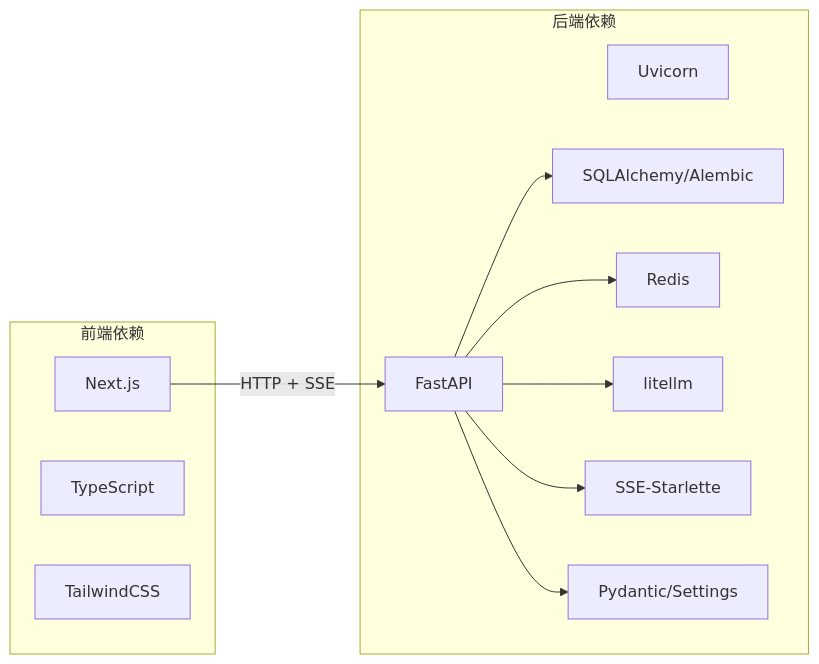
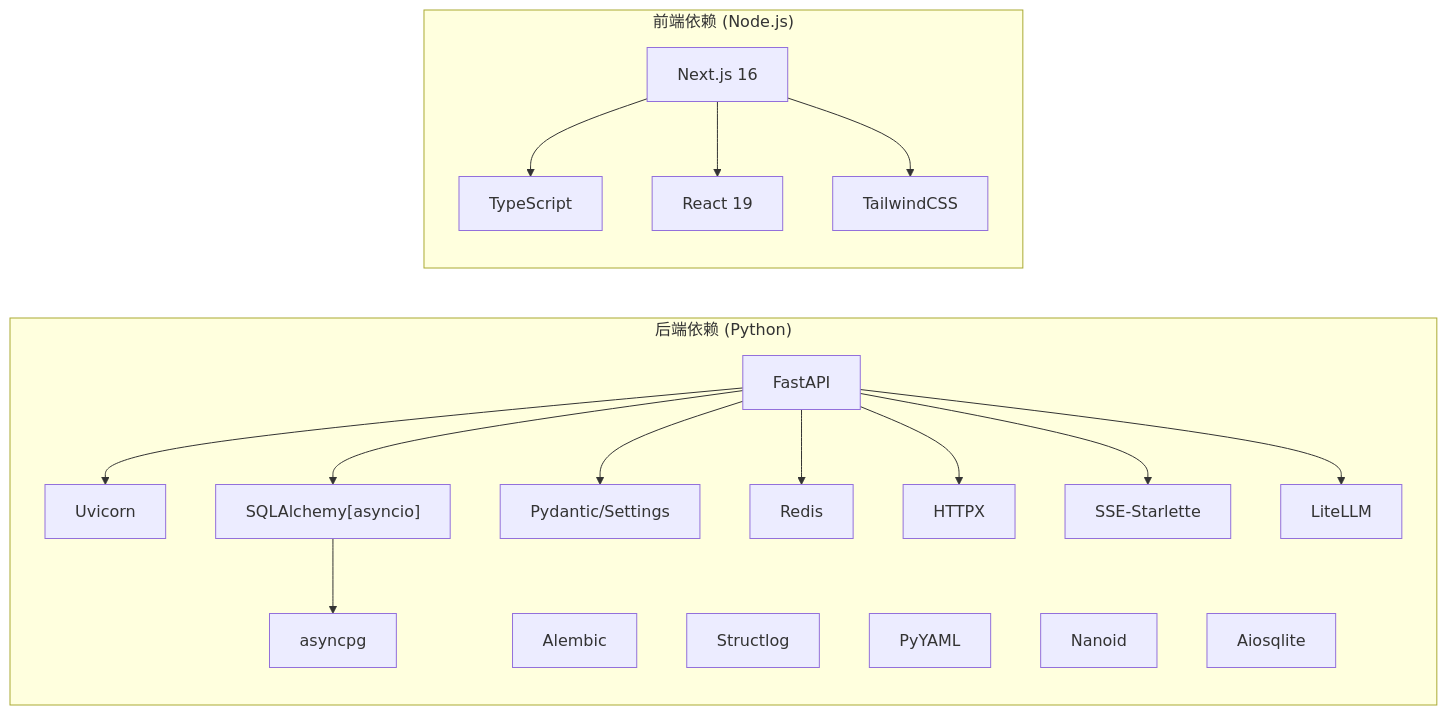
The third of 3 diagrams in .qoder/repowiki/zh/content/快速开始.md (sansansansansan2022-web/hotclaw), drawn with Mermaid before and after one commit. The commit also changed other lines of this file and 288 other files, not shown here.

````diff
--- a/.qoder/repowiki/zh/content/快速开始.md
+++ b/.qoder/repowiki/zh/content/快速开始.md
@@ -233,23 +243,36 @@
 ```mermaid
 graph LR
-subgraph "后端依赖"
-F["FastAPI"]
-U["Uvicorn"]
-S["SQLAlchemy/Alembic"]
-R["Redis"]
-L["litellm"]
+subgraph "后端依赖 (Python)"
+FAPI["FastAPI"]
+UV["Uvicorn"]
+SQLA["SQLAlchemy[asyncio]"]
+PSQL["asyncpg"]
+ALEMBIC["Alembic"]
+PYD["Pydantic/Settings"]
+REDIS["Redis"]
+HTTPX["HTTPX"]
+STRCTL["Structlog"]
+YAML["PyYAML"]
 SSE["SSE-Starlette"]
-P["Pydantic/Settings"]
+NANO["Nanoid"]
+LITELLM["LiteLLM"]
+SQLITE["Aiosqlite"]
 end
-subgraph "前端依赖"
-N["Next.js"]
-T["TypeScript"]
-C["TailwindCSS"]
+subgraph "前端依赖 (Node.js)"
+NEXT["Next.js 16"]
+TS["TypeScript"]
+TAIL["TailwindCSS"]
+REACT["React 19"]
 end
-N --> |"HTTP + SSE"| F
-F --> S
-F --> R
-F --> L
-F --> SSE
-F --> P
+FAPI --> UV
+FAPI --> SQLA
+SQLA --> PSQL
+FAPI --> PYD
+FAPI --> REDIS
+FAPI --> HTTPX
+FAPI --> SSE
+FAPI --> LITELLM
+NEXT --> TS
+NEXT --> REACT
+NEXT --> TAIL
 ```
````
